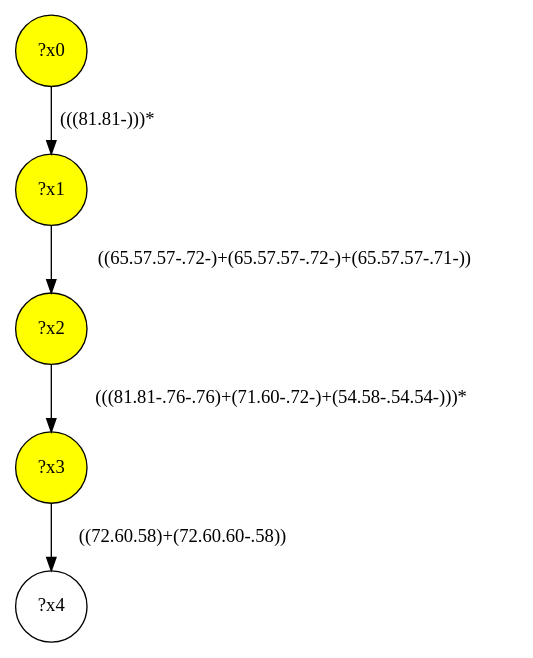
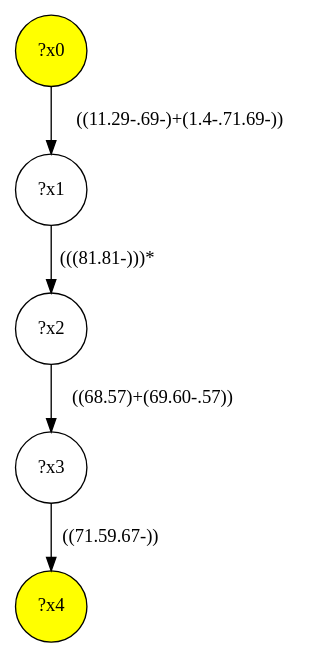
Before and after one commit to MathieuGicquel/federated-benchmark: the diagram in lib/gmark/demo/shop/shop-interface/query-23.dot, drawn with Graphviz. The commit also changed 354 other files, not shown here.

```diff
--- a/lib/gmark/demo/shop/shop-interface/query-23.dot
+++ b/lib/gmark/demo/shop/shop-interface/query-23.dot
@@ -1,11 +1,11 @@
 digraph g {
 	x0 [fillcolor="yellow", style="filled," shape=circle, label="?x0"];
-	x1 [fillcolor="yellow", style="filled," shape=circle, label="?x1"];
-	x2 [fillcolor="yellow", style="filled," shape=circle, label="?x2"];
-	x3 [fillcolor="yellow", style="filled," shape=circle, label="?x3"];
-	x0 -> x1 [label="(((81.81-)))*"];
-	x1 -> x2 [label="((65.57.57-.72-)+(65.57.57-.72-)+(65.57.57-.71-))"];
-	x2 -> x3 [label="(((81.81-.76-.76)+(71.60-.72-)+(54.58-.54.54-)))*"];
-	x4 [shape=circle, label="?x4"];
-	x3 -> x4 [label="((72.60.58)+(72.60.60-.58))"];
+	x4 [fillcolor="yellow", style="filled," shape=circle, label="?x4"];
+	x1 [shape=circle, label="?x1"];
+	x0 -> x1 [label="((11.29-.69-)+(1.4-.71.69-))"];
+	x2 [shape=circle, label="?x2"];
+	x1 -> x2 [label="(((81.81-)))*"];
+	x3 [shape=circle, label="?x3"];
+	x2 -> x3 [label="((68.57)+(69.60-.57))"];
+	x3 -> x4 [label="((71.59.67-))"];
 }
```
